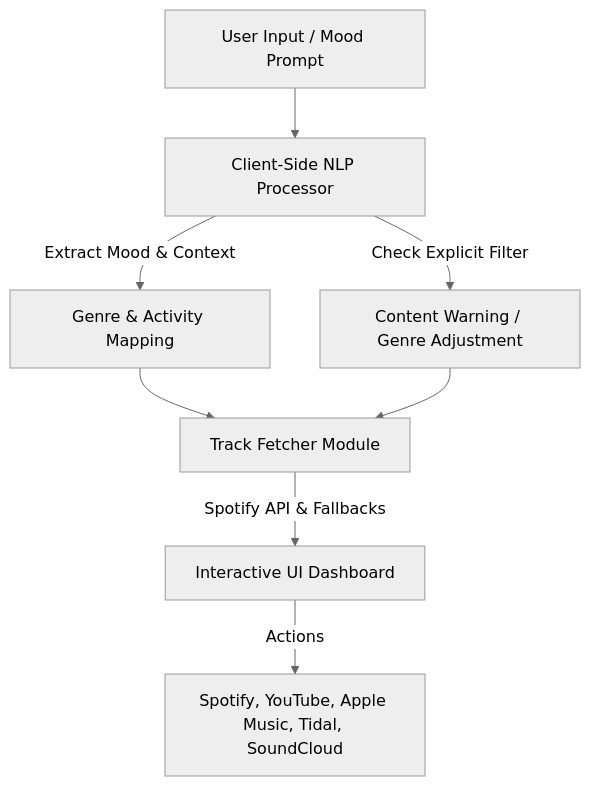
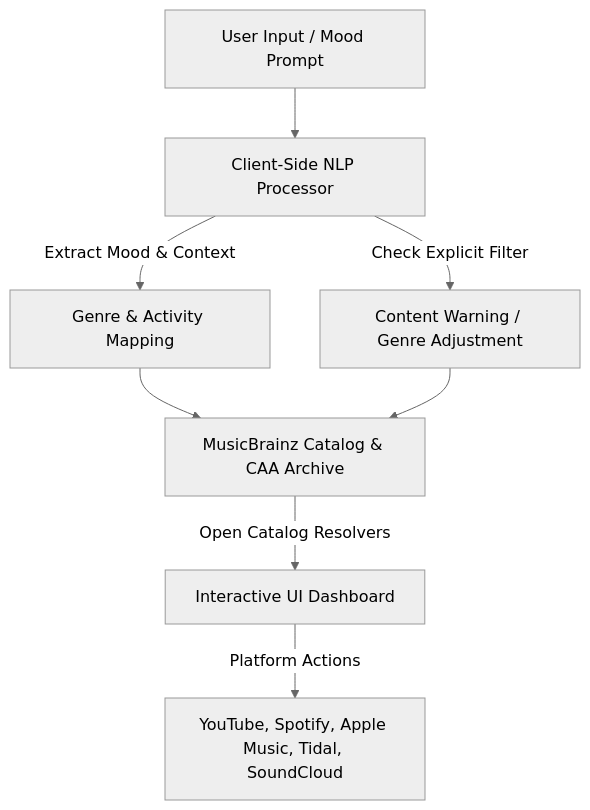
Before and after one commit to farhanalireza/grooveestrella: the diagram in README.md, drawn with Mermaid (neutral theme). The commit also changed other lines of this file and 50 other files, not shown here.

First line of the commit message:
Migrate core data layer to MusicBrainz

````diff
--- a/README.md
+++ b/README.md
@@ -32,9 +33,9 @@
 ```mermaid
 graph TD
     A[User Input / Mood Prompt] --> B[Client-Side NLP Processor]
     B -->|Extract Mood & Context| C[Genre & Activity Mapping]
     B -->|Check Explicit Filter| D[Content Warning / Genre Adjustment]
-    C & D --> E[Track Fetcher Module]
-    E -->|Spotify API & Fallbacks| F[Interactive UI Dashboard]
-    F -->|Actions| G[Spotify, YouTube, Apple Music, Tidal, SoundCloud]
+    C & D --> E[MusicBrainz Catalog & CAA Archive]
+    E -->|Open Catalog Resolvers| F[Interactive UI Dashboard]
+    F -->|Platform Actions| G[YouTube, Spotify, Apple Music, Tidal, SoundCloud]
 ```
````
